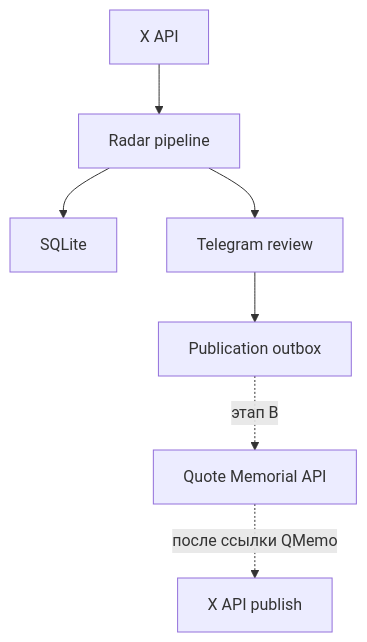
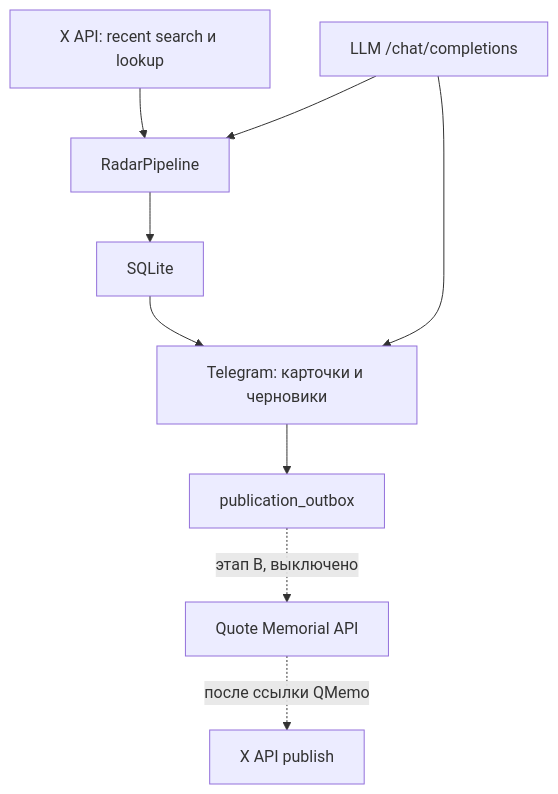
One commit to aastersi/News_Radar changed the first of 4 diagrams in docs/ARCHITECTURE.md. Above: the diagram before and after it, drawn with Mermaid. The commit also changed other lines of this file and 6 other files, not shown here.

````diff
--- a/docs/ARCHITECTURE.md
+++ b/docs/ARCHITECTURE.md
@@ -28,9 +28,11 @@
 ```mermaid
 flowchart TD
-    A["X API"] --> B["Radar pipeline"]
+    A["X API: recent search и lookup"] --> B["RadarPipeline"]
     B --> C["SQLite"]
-    B --> D["Telegram review"]
-    D --> E["Publication outbox"]
-    E -. "этап B" .-> F["Quote Memorial API"]
+    L["LLM /chat/completions"] --> B
+    C --> D["Telegram: карточки и черновики"]
+    L --> D
+    D --> E["publication_outbox"]
+    E -. "этап B, выключено" .-> F["Quote Memorial API"]
     F -. "после ссылки QMemo" .-> G["X API publish"]
 ```
````
